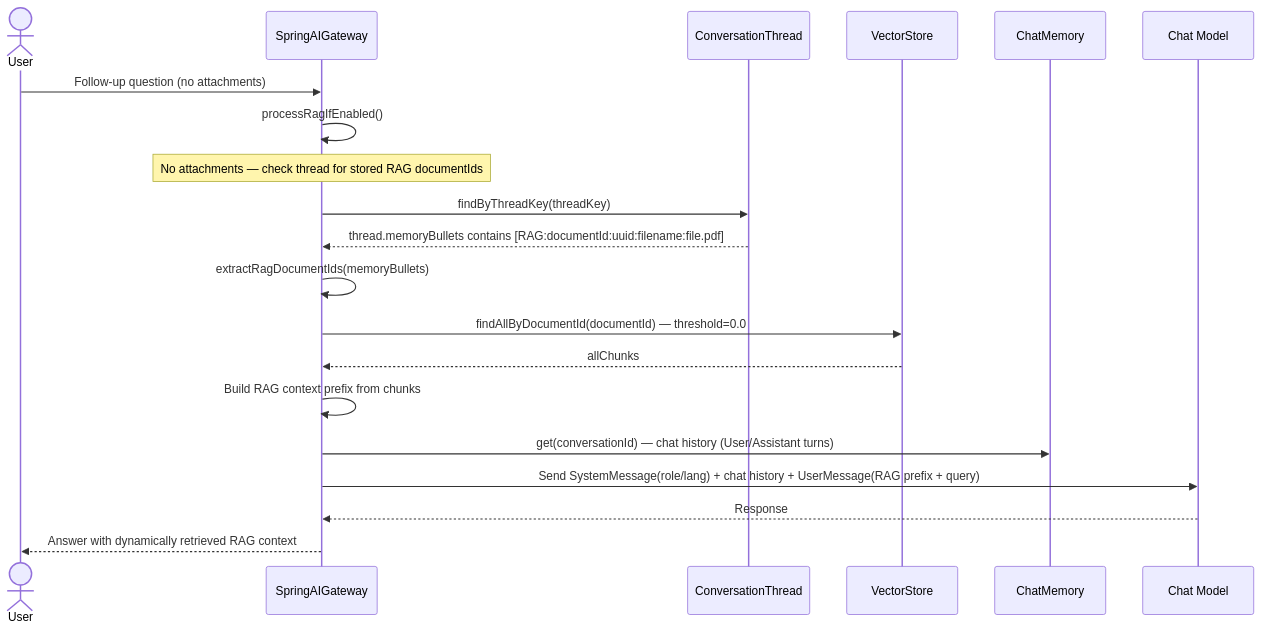
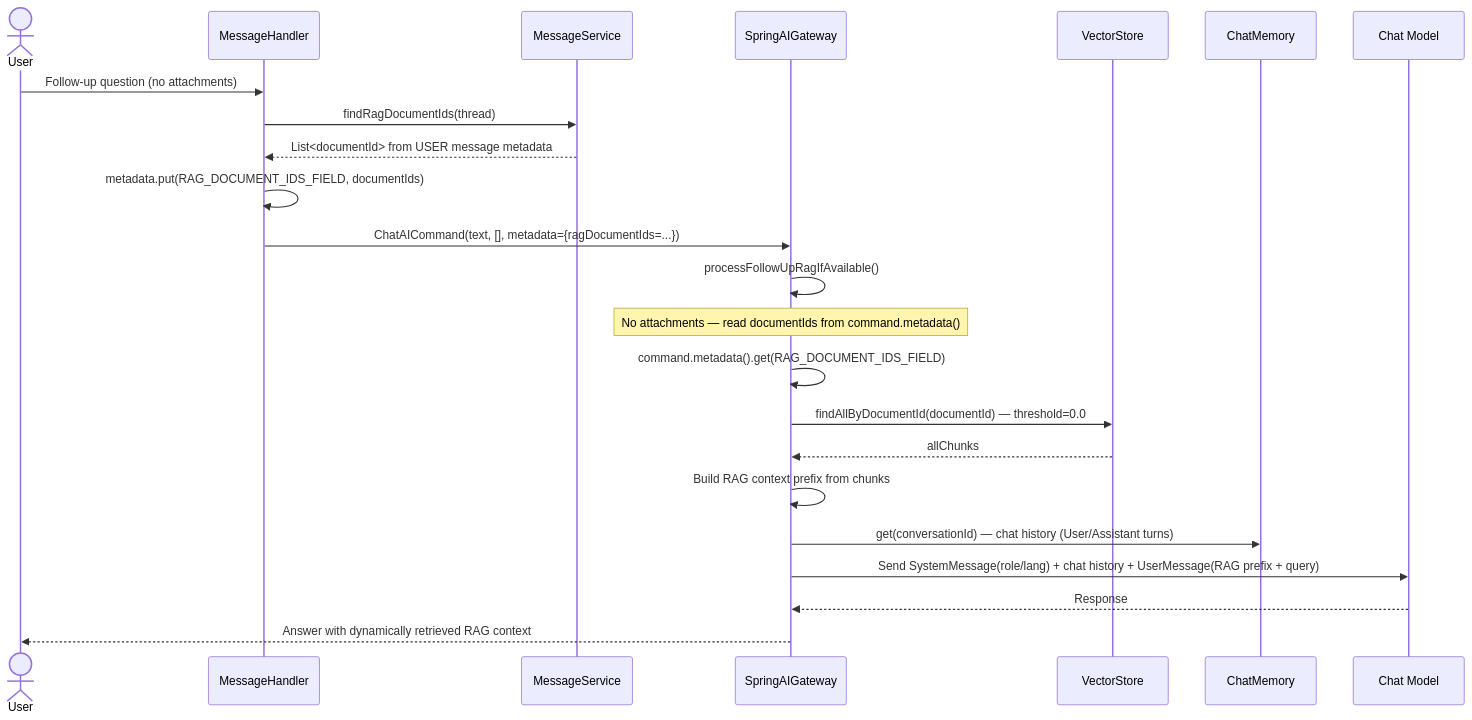
One commit to NGirchev/open-daimon changed the second of 2 diagrams in docs/usecases/image-pdf-vision-cache.md. Above: the diagram before and after it, drawn with Mermaid. The commit also changed other lines of this file and 20 other files, not shown here.

````diff
--- a/docs/usecases/image-pdf-vision-cache.md
+++ b/docs/usecases/image-pdf-vision-cache.md
@@ -67,28 +75,32 @@
 ```mermaid
 sequenceDiagram
     actor User
+    participant Handler as MessageHandler
+    participant MS as MessageService
     participant GW as SpringAIGateway
-    participant DB as ConversationThread
     participant VS as VectorStore
     participant Mem as ChatMemory
     participant Chat as Chat Model
 
-    User->>GW: Follow-up question (no attachments)
+    User->>Handler: Follow-up question (no attachments)
 
-    GW->>GW: processRagIfEnabled()
-    Note over GW: No attachments — check thread for stored RAG documentIds
+    Handler->>MS: findRagDocumentIds(thread)
+    MS-->>Handler: List<documentId> from USER message metadata
 
-    GW->>DB: findByThreadKey(threadKey)
-    DB-->>GW: thread.memoryBullets contains [RAG:documentId:uuid:filename:file.pdf]
+    Handler->>Handler: metadata.put(RAG_DOCUMENT_IDS_FIELD, documentIds)
+    Handler->>GW: ChatAICommand(text, [], metadata={ragDocumentIds=...})
 
-    GW->>GW: extractRagDocumentIds(memoryBullets)
+    GW->>GW: processFollowUpRagIfAvailable()
+    Note over GW: No attachments — read documentIds from command.metadata()
+
+    GW->>GW: command.metadata().get(RAG_DOCUMENT_IDS_FIELD)
     GW->>VS: findAllByDocumentId(documentId) — threshold=0.0
     VS-->>GW: allChunks
 
     GW->>GW: Build RAG context prefix from chunks
     GW->>Mem: get(conversationId) — chat history (User/Assistant turns)
 
     GW->>Chat: Send SystemMessage(role/lang) + chat history + UserMessage(RAG prefix + query)
     Chat-->>GW: Response
     GW-->>User: Answer with dynamically retrieved RAG context
 ```
````
